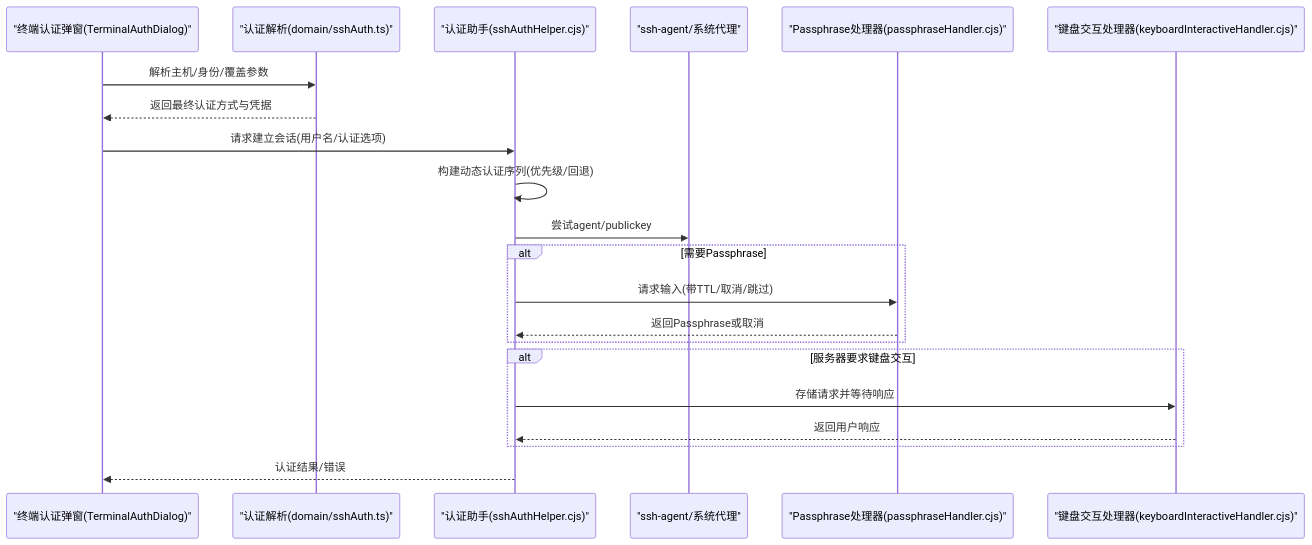
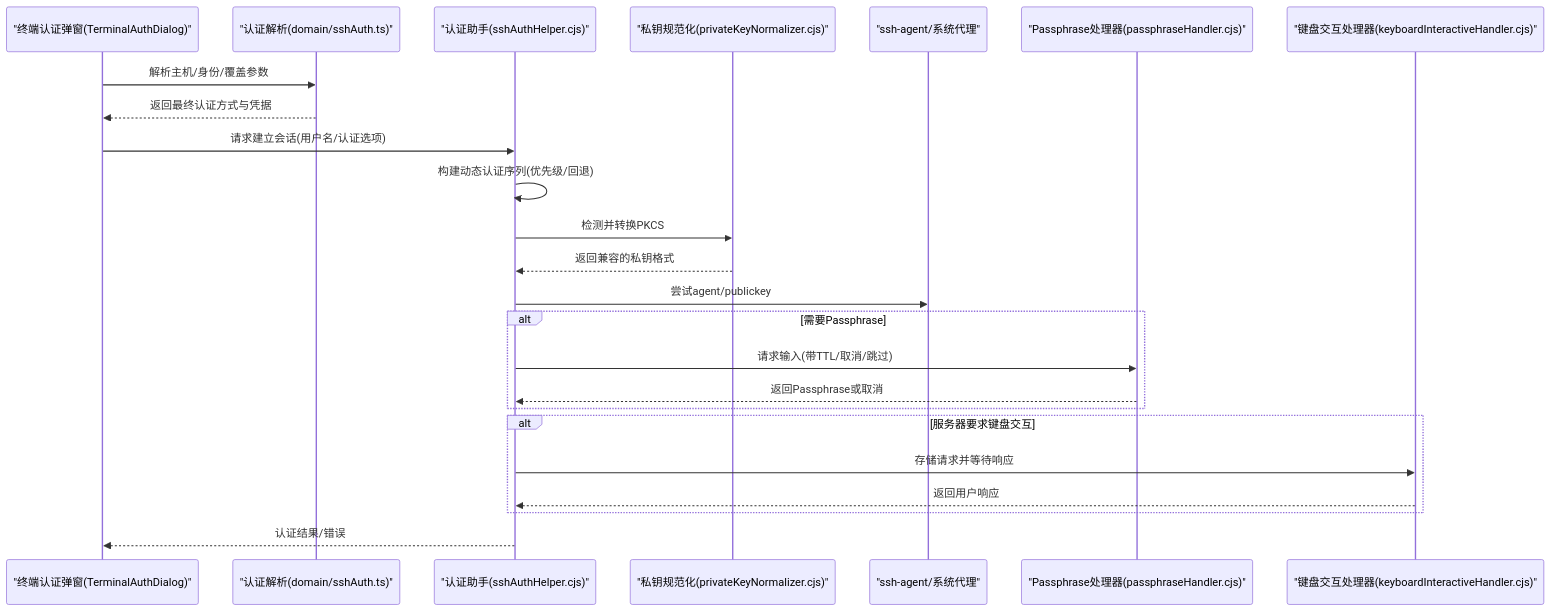
The second of 11 diagrams in .qoder/repowiki/zh/content/用户指南/SSH客户端管理/认证方式.md (szeiyou/Netcatty), drawn with Mermaid before and after one commit. The commit also changed other lines of this file and 8 other files, not shown here.

````diff
--- a/.qoder/repowiki/zh/content/用户指南/SSH客户端管理/认证方式.md
+++ b/.qoder/repowiki/zh/content/用户指南/SSH客户端管理/认证方式.md
@@ -124,23 +147,26 @@
 ```mermaid
 sequenceDiagram
 participant UI as "终端认证弹窗(TerminalAuthDialog)"
 participant Resolver as "认证解析(domain/sshAuth.ts)"
 participant Bridge as "认证助手(sshAuthHelper.cjs)"
+participant Normalizer as "私钥规范化(privateKeyNormalizer.cjs)"
 participant Agent as "ssh-agent/系统代理"
 participant PH as "Passphrase处理器(passphraseHandler.cjs)"
 participant KI as "键盘交互处理器(keyboardInteractiveHandler.cjs)"
 UI->>Resolver : 解析主机/身份/覆盖参数
 Resolver-->>UI : 返回最终认证方式与凭据
 UI->>Bridge : 请求建立会话(用户名/认证选项)
 Bridge->>Bridge : 构建动态认证序列(优先级/回退)
+Bridge->>Normalizer : 检测并转换PKCS#8私钥
+Normalizer-->>Bridge : 返回兼容的私钥格式
 Bridge->>Agent : 尝试agent/publickey
 alt 需要Passphrase
 Bridge->>PH : 请求输入(带TTL/取消/跳过)
 PH-->>Bridge : 返回Passphrase或取消
 end
 alt 服务器要求键盘交互
 Bridge->>KI : 存储请求并等待响应
 KI-->>Bridge : 返回用户响应
 end
 Bridge-->>UI : 认证结果/错误
 ```
````
